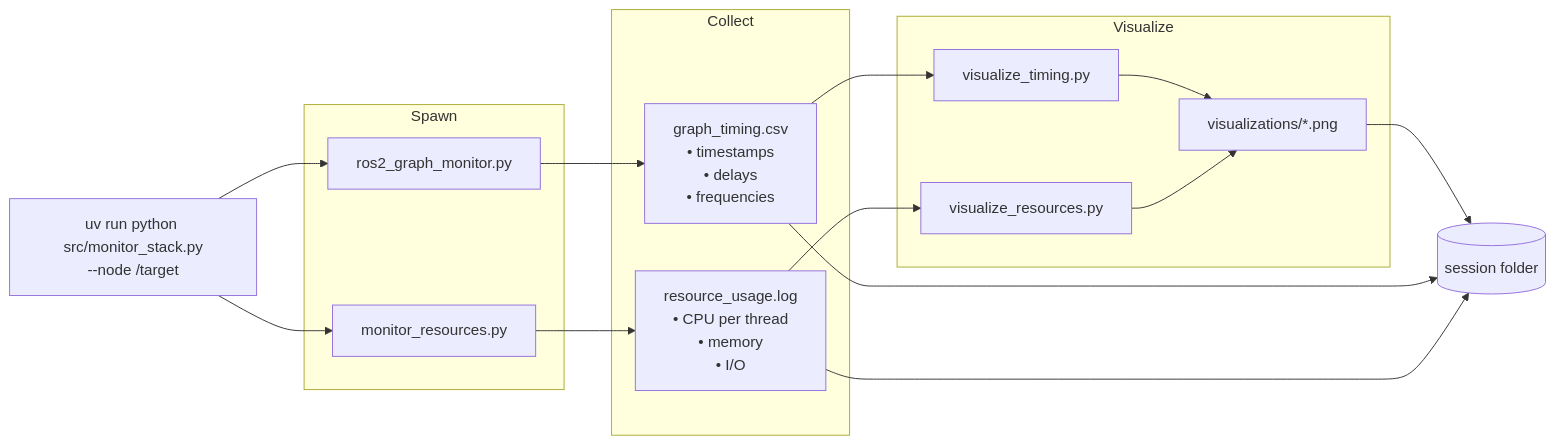
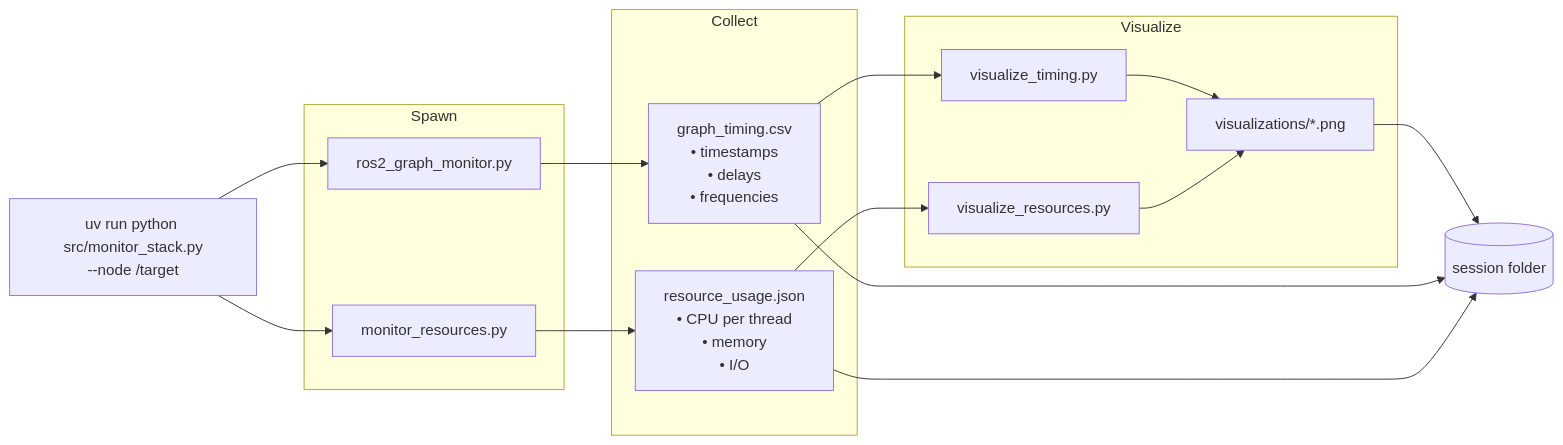
One commit to jouillet/robotics-ai-suite changed the third of 4 diagrams in components/ros-kpi/docs/ARCHITECTURE.md. Above: the diagram before and after it, drawn with Mermaid. The commit also changed other lines of this file and 98 other files, not shown here.

````diff
--- a/components/ros-kpi/docs/ARCHITECTURE.md
+++ b/components/ros-kpi/docs/ARCHITECTURE.md
@@ -85,34 +85,34 @@
 ```mermaid
 flowchart LR
     CMD["uv run python src/monitor_stack.py\n--node /target"]
 
     subgraph Spawn["Spawn"]
         GM[ros2_graph_monitor.py]
         RM[monitor_resources.py]
     end
 
     subgraph Collect["Collect"]
         CSV["graph_timing.csv\n• timestamps\n• delays\n• frequencies"]
-        LOG["resource_usage.log\n• CPU per thread\n• memory\n• I/O"]
+        LOG["resource_usage.json\n• CPU per thread\n• memory\n• I/O"]
     end
 
     subgraph Viz["Visualize"]
         VT[visualize_timing.py]
         VR[visualize_resources.py]
         PLOTS["visualizations/*.png"]
     end
 
     OUT[("session folder")]
 
     CMD --> GM
     CMD --> RM
     GM --> CSV
     RM --> LOG
     CSV --> VT
     LOG --> VR
     VT --> PLOTS
     VR --> PLOTS
     PLOTS --> OUT
     CSV --> OUT
     LOG --> OUT
 ```
````
